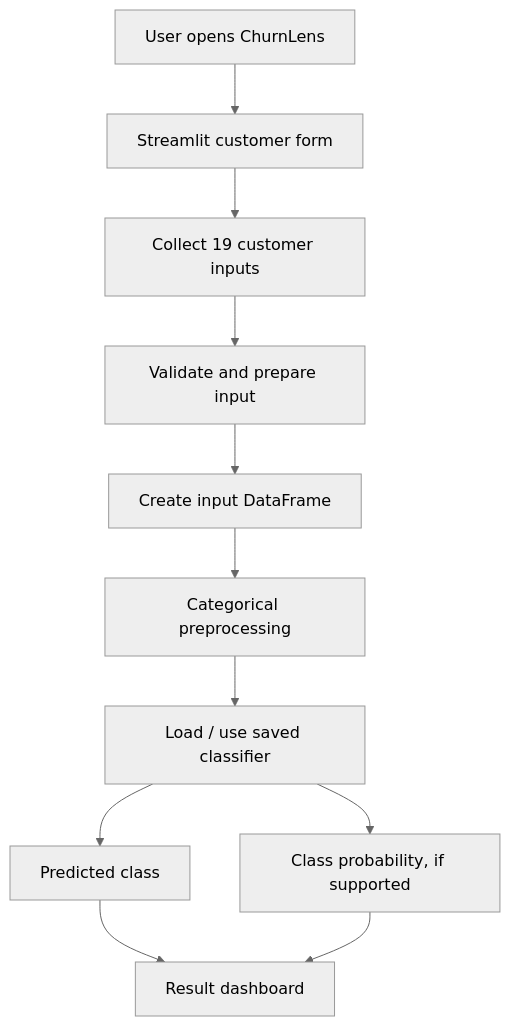
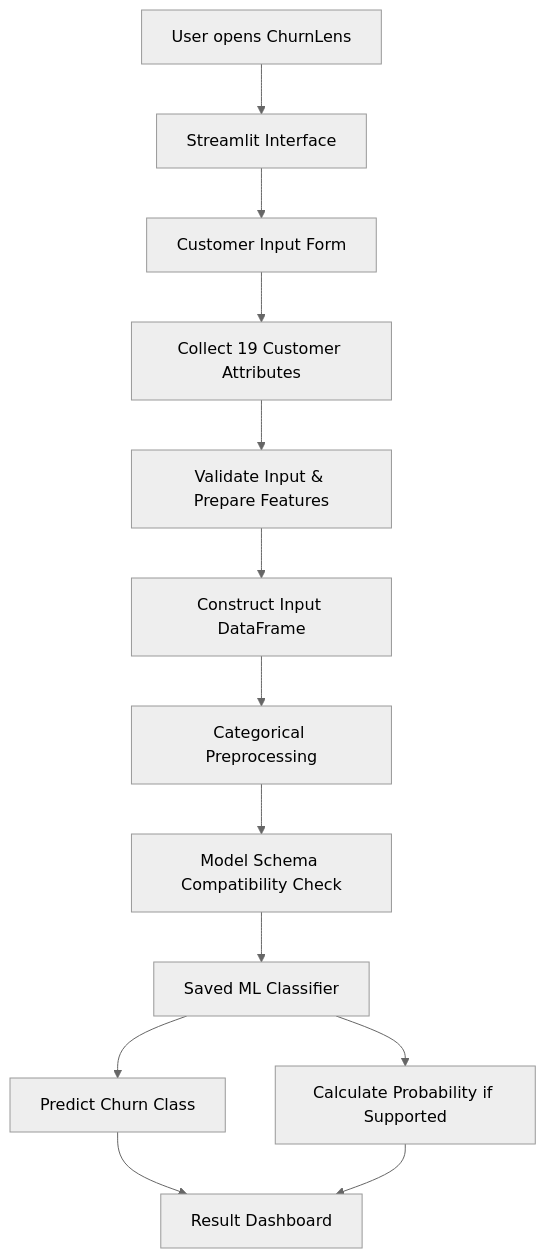
The diagram in README.md (Rishu6262/IT_Customers_Churned_Prediction), drawn with Mermaid (neutral theme) before and after one commit. The commit also changed other lines of this file, not shown here.

````diff
--- a/README.md
+++ b/README.md
@@ -343,13 +371,15 @@
 ```mermaid
 flowchart TD
-    A[User opens ChurnLens] --> B[Streamlit customer form]
-    B --> C[Collect 19 customer inputs]
-    C --> D[Validate and prepare input]
-    D --> E[Create input DataFrame]
-    E --> F[Categorical preprocessing]
-    F --> G[Load / use saved classifier]
-    G --> H[Predicted class]
-    G --> I[Class probability, if supported]
-    H --> J[Result dashboard]
-    I --> J
+    A[User opens ChurnLens] --> B[Streamlit Interface]
+    B --> C[Customer Input Form]
+    C --> D[Collect 19 Customer Attributes]
+    D --> E[Validate Input & Prepare Features]
+    E --> F[Construct Input DataFrame]
+    F --> G[Categorical Preprocessing]
+    G --> H[Model Schema Compatibility Check]
+    H --> I[Saved ML Classifier]
+    I --> J[Predict Churn Class]
+    I --> K[Calculate Probability if Supported]
+    J --> L[Result Dashboard]
+    K --> L
 ```
````
